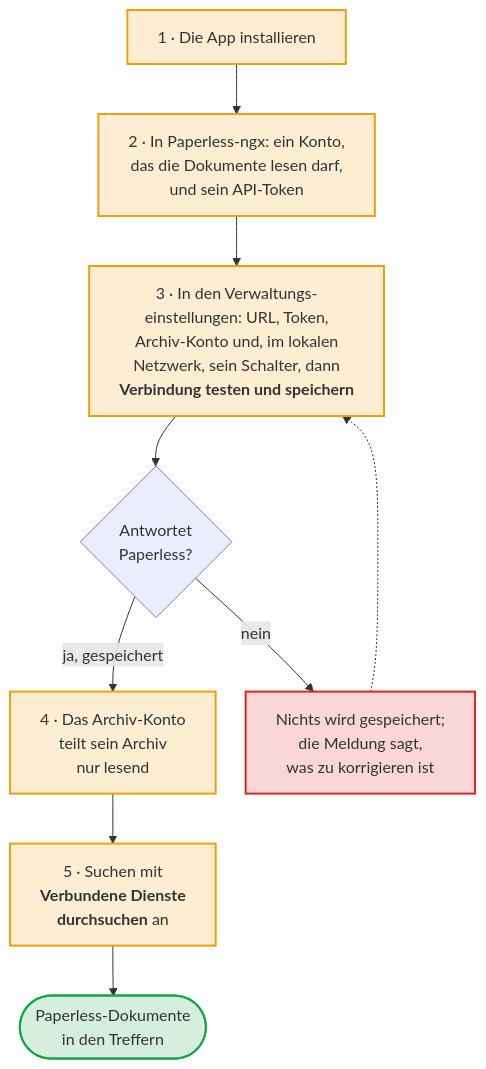
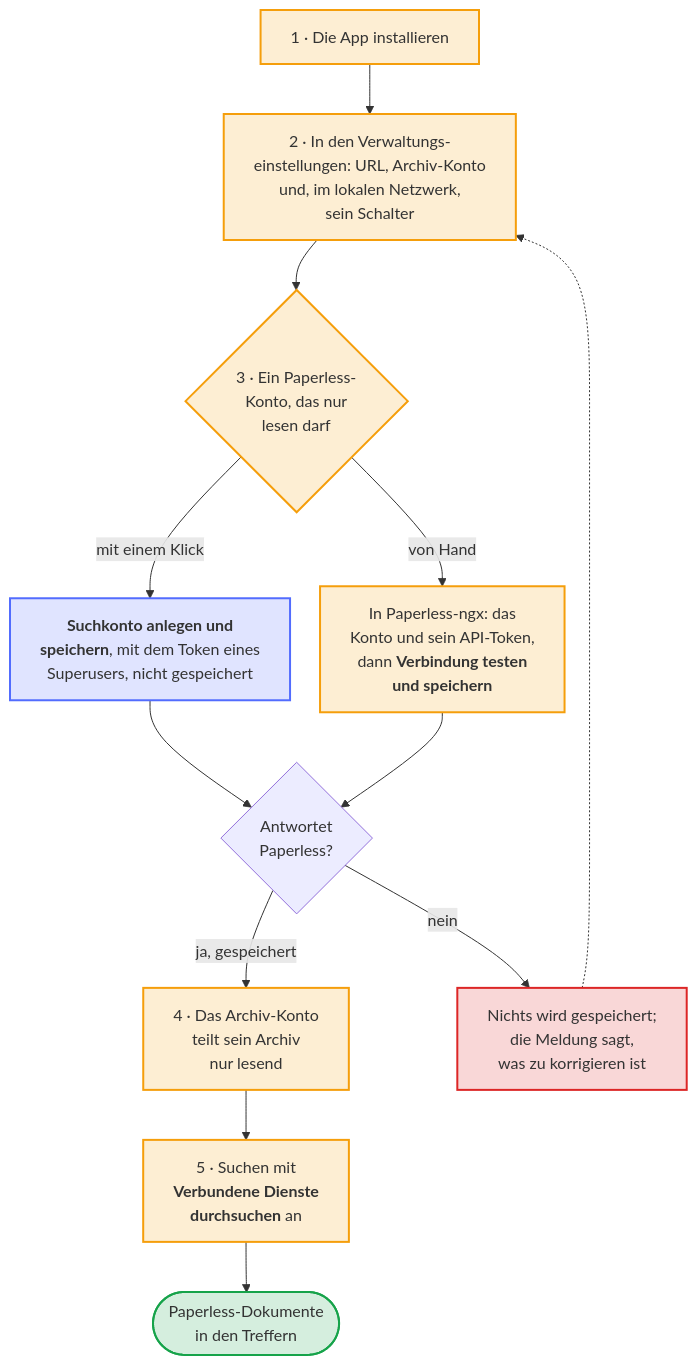
Before and after one commit to Dennis-Otto/paperless-unified-search: the diagram in docs/diagrams/setting-up-the-search.de.mmd, drawn with Mermaid. The commit also changed 57 other files, not shown here.

First line of the commit message:
feat(settings): set up the read-only search account in Paperless with one click (#337)

```diff
--- a/docs/diagrams/setting-up-the-search.de.mmd
+++ b/docs/diagrams/setting-up-the-search.de.mmd
@@ -1,30 +1,36 @@
 ---
 config:
   flowchart:
     wrappingWidth: 400
     nodeSpacing: 30
 ---
 flowchart TB
     accTitle: Die Suche einrichten
-    accDescr: Installiere die App. Lege in Paperless-ngx ein Konto an, das die Dokumente lesen darf, und ein API-Token dafür. Gib in den Verwaltungseinstellungen von Nextcloud die URL, das Token und das Archiv-Konto ein, wähle Paperless läuft in meinem lokalen Netzwerk, wenn Nextcloud Paperless unter einer solchen Adresse erreicht, und wähle Verbindung testen und speichern. Antwortet Paperless, sind die Einstellungen gespeichert; sonst wird nichts gespeichert, und die Meldung sagt, was zu korrigieren ist. Das Archiv-Konto teilt sein Archiv nur lesend mit den Benutzern, die seine Dokumente finden dürfen, und sie finden sie unter Paperless-Dokumente in der Suche von Nextcloud, mit eingeschaltetem Verbundene Dienste durchsuchen.
+    accDescr: Installiere die App. Gib in den Verwaltungseinstellungen von Nextcloud die URL und das Archiv-Konto ein, und wähle Paperless läuft in meinem lokalen Netzwerk, wenn Nextcloud Paperless unter einer solchen Adresse erreicht. Verbinde dann ein Paperless-Konto, das nur lesen darf: Lass die Einstellungen es mit dem Token eines Superusers von Paperless anlegen, das nicht gespeichert wird, mit Suchkonto anlegen und speichern; oder lege das Konto und sein API-Token in Paperless-ngx an, gib das Token ein und wähle Verbindung testen und speichern. Antwortet Paperless, sind die Einstellungen gespeichert; sonst wird nichts gespeichert, und die Meldung sagt, was zu korrigieren ist. Das Archiv-Konto teilt sein Archiv nur lesend mit den Benutzern, die seine Dokumente finden dürfen, und sie finden sie unter Paperless-Dokumente in der Suche von Nextcloud, mit eingeschaltetem Verbundene Dienste durchsuchen.
 
     install["1 · Die App installieren"]
-    token["2 · In Paperless-ngx: ein Konto,<br>das die Dokumente lesen darf,<br>und sein API-Token"]
-    save["`3 · In den Verwaltungs-<br>einstellungen: URL, Token,<br>Archiv-Konto und, im lokalen<br>Netzwerk, sein Schalter, dann<br>**Verbindung testen und speichern**`"]
+    save["2 · In den Verwaltungs-<br>einstellungen: URL, Archiv-Konto<br>und, im lokalen Netzwerk,<br>sein Schalter"]
+    account{"3 · Ein Paperless-<br>Konto, das nur<br>lesen darf"}
+    oneclick["`**Suchkonto anlegen und<br>speichern**, mit dem Token eines<br>Superusers, nicht gespeichert`"]
+    byhand["`In Paperless-ngx: das<br>Konto und sein API-Token,<br>dann **Verbindung testen<br>und speichern**`"]
     answers{"Antwortet<br>Paperless?"}
     fix["Nichts wird gespeichert;<br>die Meldung sagt,<br>was zu korrigieren ist"]
     share["4 · Das Archiv-Konto<br>teilt sein Archiv<br>nur lesend"]
     search["`5 · Suchen mit<br>**Verbundene Dienste<br>durchsuchen** an`"]
     found(["Paperless-Dokumente<br>in den Treffern"])
 
-    install --> token --> save --> answers
+    install --> save --> account
+    account -- "mit einem Klick" --> oneclick --> answers
+    account -- "von Hand" --> byhand --> answers
     answers -- "ja, gespeichert" --> share --> search --> found
     answers -- "nein" --> fix
     fix -.-> save
 
     classDef person fill:#f59e0b2e,stroke:#f59e0b,stroke-width:2px
+    classDef app fill:#526cfe2e,stroke:#526cfe,stroke-width:2px
     classDef done fill:#16a34a2e,stroke:#16a34a,stroke-width:2px
     classDef no fill:#dc26262e,stroke:#dc2626,stroke-width:2px
-    class install,token,save,share,search person
+    class install,save,account,byhand,share,search person
+    class oneclick app
     class found done
     class fix no
```
